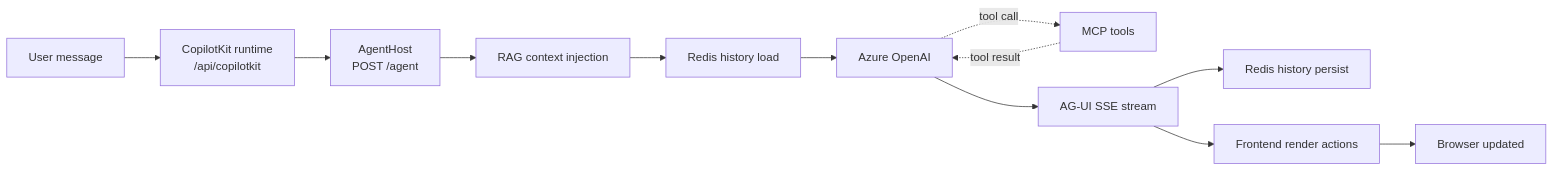
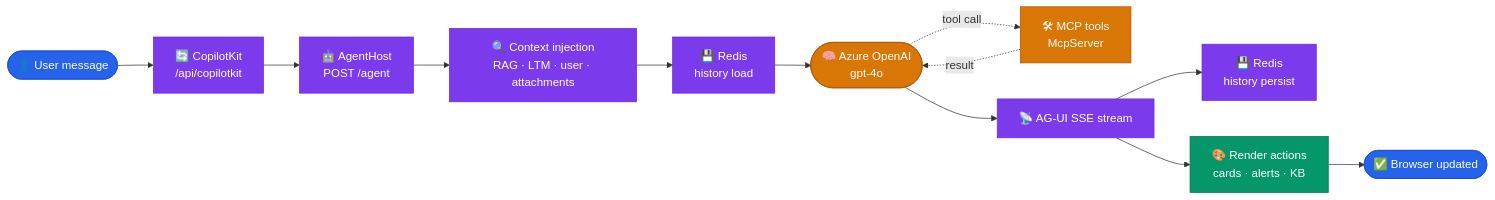
Before and after one commit to sreyanchoudhury/HelpdeskAI.CSharp: the second of 2 diagrams in README.md, drawn with Mermaid. The commit also changed other lines of this file and 5 other files, not shown here.

````diff
--- a/README.md
+++ b/README.md
@@ -448,20 +430,30 @@
 ```mermaid
 flowchart LR
-    U["User message"]
-    CK["CopilotKit runtime<br/>/api/copilotkit"]
-    AH["AgentHost<br/>POST /agent"]
-    RAG["RAG context injection"]
-    RH["Redis history load"]
-    LLM["Azure OpenAI"]
-    MCP["MCP tools"]
-    SSE["AG-UI SSE stream"]
-    RP["Redis history persist"]
-    RA["Frontend render actions"]
-    R["Browser updated"]
+    classDef user   fill:#2563eb,stroke:#1d4ed8,color:#fff
+    classDef infra  fill:#7c3aed,stroke:#6d28d9,color:#fff
+    classDef ai     fill:#d97706,stroke:#b45309,color:#fff
+    classDef result fill:#059669,stroke:#047857,color:#fff
 
-    U --> CK --> AH --> RAG --> RH --> LLM
+    U(["👤 User message"])
+    CK["🔄 CopilotKit<br/>/api/copilotkit"]
+    AH["🤖 AgentHost<br/>POST /agent"]
+    CTX["🔍 Context injection<br/>RAG · LTM · user · attachments"]
+    RH["💾 Redis<br/>history load"]
+    LLM(["🧠 Azure OpenAI<br/>gpt-4o"])
+    MCP["🛠 MCP tools<br/>McpServer"]
+    SSE["📡 AG-UI SSE stream"]
+    RP["💾 Redis<br/>history persist"]
+    RA["🎨 Render actions<br/>cards · alerts · KB"]
+    R(["✅ Browser updated"])
+
+    U --> CK --> AH --> CTX --> RH --> LLM
     LLM -. tool call .-> MCP
-    MCP -. tool result .-> LLM
+    MCP -. result .-> LLM
     LLM --> SSE --> RP
     SSE --> RA --> R
+
+    class U,R user
+    class CK,AH,CTX,RH,SSE,RP infra
+    class LLM,MCP ai
+    class RA result
 ```
````
